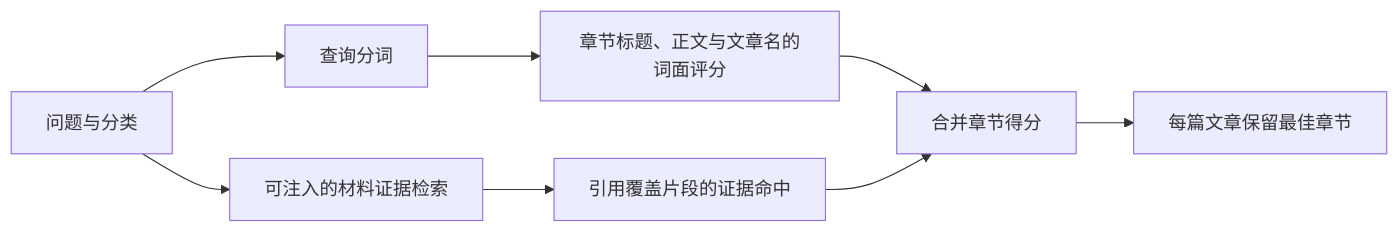
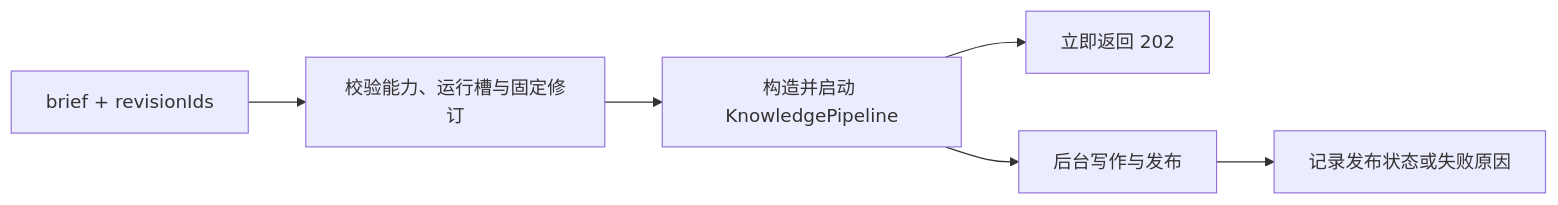
Before and after one commit to lejunyang/omem: the diagram in .repo-review/knowledge/articles/475058334ffc659aacefe4563ad15d0681a233ebb9f997fe364aa9919e3c79b3.md, drawn with Mermaid. The commit also changed other lines of this file and 34 other files, not shown here.

````diff
--- a/.repo-review/knowledge/articles/475058334ffc659aacefe4563ad15d0681a233ebb9f997fe364aa9919e3c79b3.md
+++ b/.repo-review/knowledge/articles/475058334ffc659aacefe4563ad15d0681a233ebb9f997fe364aa9919e3c79b3.md
@@ -26,10 +19,8 @@
 ```mermaid
 flowchart LR
-  Q[问题与分类] --> T[查询分词]
-  T --> L[章节标题、正文与文章名的词面评分]
-  Q --> S[可注入的材料证据检索]
-  S --> E[引用覆盖片段的证据命中]
-  L --> M[合并章节得分]
-  E --> M
-  M --> B[每篇文章保留最佳章节]
+  A[brief + revisionIds] --> B[校验能力、运行槽与固定修订]
+  B --> C[构造并启动 KnowledgePipeline]
+  C --> D[立即返回 202]
+  C --> E[后台写作与发布]
+  E --> F[记录发布状态或失败原因]
 ```
````
